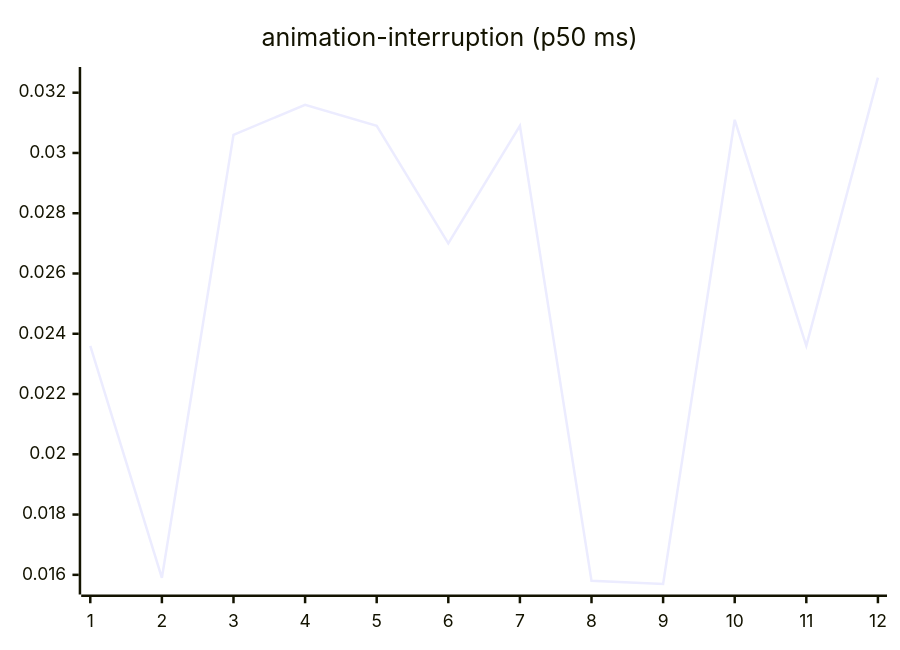
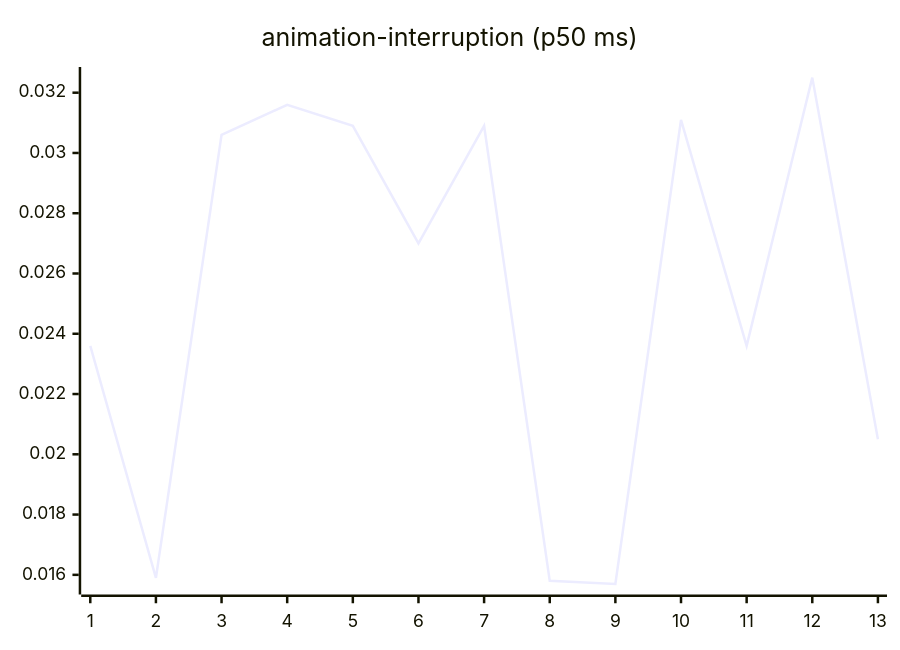
One commit to josha/Facet changed the third of 27 diagrams in README.md. Above: the diagram before and after it, drawn with Mermaid. The commit also changed other lines of this file and 2 other files, not shown here.

````diff
--- a/README.md
+++ b/README.md
@@ -77,6 +77,6 @@
 ```mermaid
 xychart-beta
     title "animation-interruption (p50 ms)"
-    x-axis 1 --> 12
-    line [0.0236, 0.0159, 0.0306, 0.0316, 0.0309, 0.0270, 0.0309, 0.0158, 0.0157, 0.0311, 0.0236, 0.0325]
+    x-axis 1 --> 13
+    line [0.0236, 0.0159, 0.0306, 0.0316, 0.0309, 0.0270, 0.0309, 0.0158, 0.0157, 0.0311, 0.0236, 0.0325, 0.0205]
 ```
````
